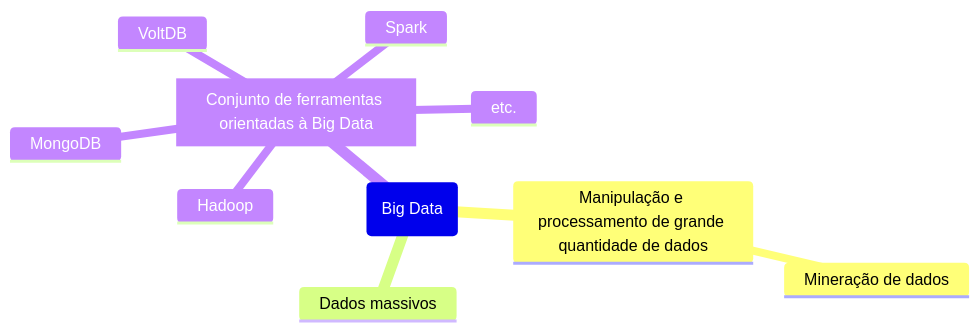
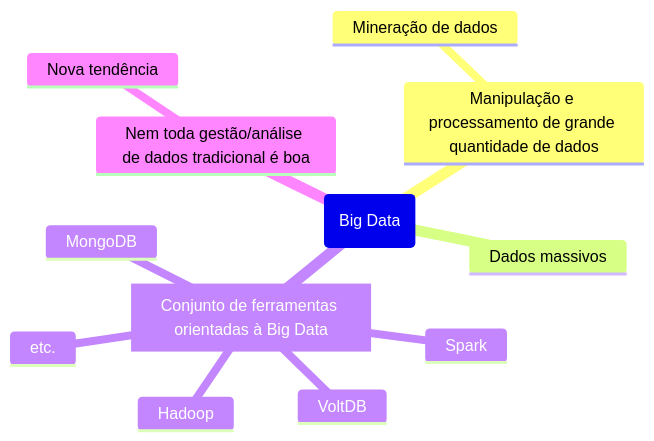
Before and after one commit to Igorino/joplin-notes: the third of 3 diagrams in Mestrado/Segundo Semestre/SIN5033 - Grafos de conhecimento e Ontologias/Anotações/De Aulas/Aula do dia 2026 04 08.md, drawn with Mermaid.

Commit message:
Exported on 2026-04-08_17-05-51

````diff
--- a/Mestrado/Segundo Semestre/SIN5033 - Grafos de conhecimento e Ontologias/Anotações/De Aulas/Aula do dia 2026 04 08.md
+++ b/Mestrado/Segundo Semestre/SIN5033 - Grafos de conhecimento e Ontologias/Anotações/De Aulas/Aula do dia 2026 04 08.md
@@ -65,14 +65,16 @@
 ```mermaid
 mindmap
 root(Big Data)
 	Manipulação e processamento de grande quantidade de dados
 		Mineração de dados
 	Dados massivos
 	[Conjunto de ferramentas orientadas à Big Data]
 		Hadoop
 		MongoDB
 		VoltDB
 		Spark
 		etc.
+	Nem toda gestão/análise de dados tradicional é boa
+		Nova tendência
 	
 ```
````
